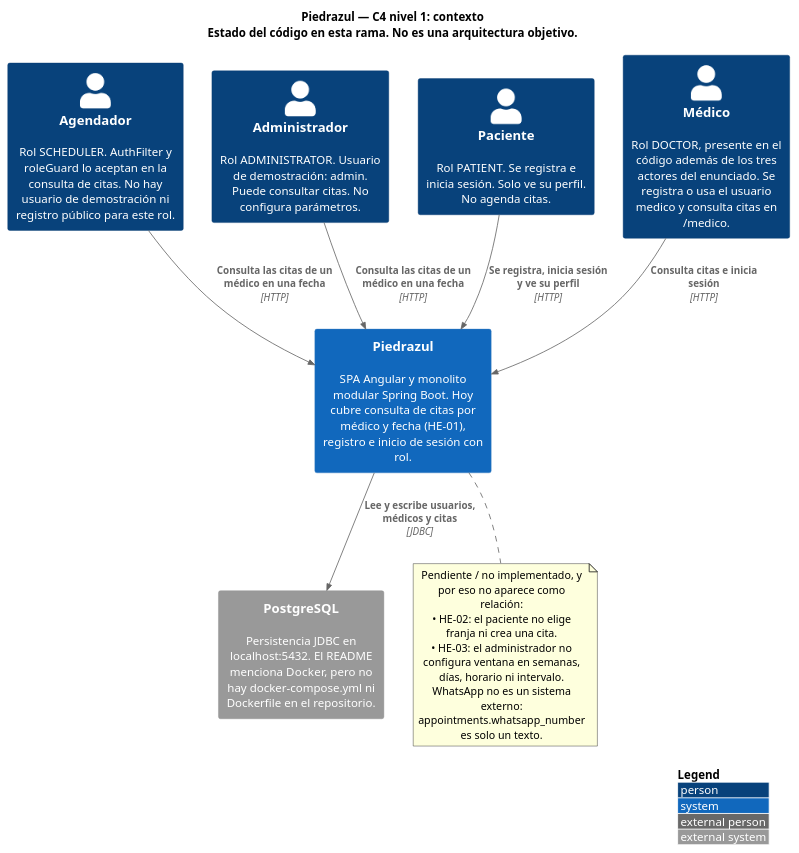
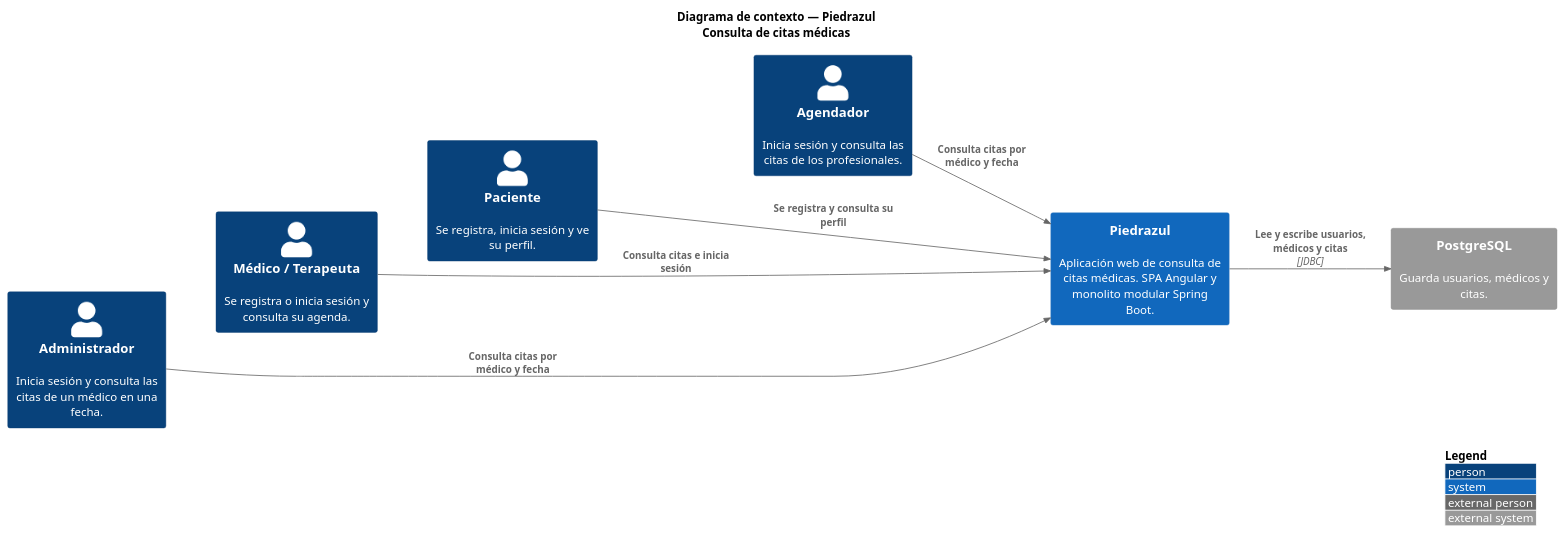
One commit to IikanBonilla/Piedrazul_System-Modular-Monolith changed the diagram in docs/architecture/c4/01-contexto.puml. Above: the diagram before and after it, drawn with PlantUML. The commit also changed 8 other files, not shown here.

First line of the commit message:
Ajusta los diagramas C4 al proyecto real para la sustentacion.

```diff
--- a/docs/architecture/c4/01-contexto.puml
+++ b/docs/architecture/c4/01-contexto.puml
@@ -1,33 +1,28 @@
 @startuml contexto
 !include https://raw.githubusercontent.com/plantuml-stdlib/C4-PlantUML/master/C4_Context.puml
 
+LAYOUT_LEFT_RIGHT()
 LAYOUT_WITH_LEGEND()
-LAYOUT_TOP_DOWN()
 
-title Piedrazul — C4 nivel 1: contexto\nEstado del código en esta rama. No es una arquitectura objetivo.
+title Diagrama de contexto — Piedrazul\nConsulta de citas médicas
 
-AddElementTag("pending", $bgColor="#F8D0D0", $fontColor="#7A1F1F", $borderColor="#B94A48", $legendText="pendiente / no implementado")
+Person(admin, "Administrador", "Inicia sesión y consulta las citas de un médico en una fecha.")
+Person(doctor, "Médico / Terapeuta", "Se registra o inicia sesión y consulta su agenda.")
+Person(patient, "Paciente", "Se registra, inicia sesión y ve su perfil.")
+Person(scheduler, "Agendador", "Inicia sesión y consulta las citas de los profesionales.")
 
-Person(scheduler, "Agendador", "Rol SCHEDULER. AuthFilter y roleGuard lo aceptan en la consulta de citas. No hay usuario de demostración ni registro público para este rol.")
-Person(admin, "Administrador", "Rol ADMINISTRATOR. Usuario de demostración: admin. Puede consultar citas. No configura parámetros.")
-Person(patient, "Paciente", "Rol PATIENT. Se registra e inicia sesión. Solo ve su perfil. No agenda citas.")
-Person(doctor, "Médico", "Rol DOCTOR, presente en el código además de los tres actores del enunciado. Se registra o usa el usuario medico y consulta citas en /medico.")
+System(piedrazul, "Piedrazul", "Aplicación web de consulta de citas médicas. SPA Angular y monolito modular Spring Boot.")
 
-System(piedrazul, "Piedrazul", "SPA Angular y monolito modular Spring Boot. Hoy cubre consulta de citas por médico y fecha (HE-01), registro e inicio de sesión con rol.")
+System_Ext(db, "PostgreSQL", "Guarda usuarios, médicos y citas.")
 
-System_Ext(postgres, "PostgreSQL", "Persistencia JDBC en localhost:5432. El README menciona Docker, pero no hay docker-compose.yml ni Dockerfile en el repositorio.")
+Rel(admin, piedrazul, "Consulta citas por médico y fecha")
+Rel(doctor, piedrazul, "Consulta citas e inicia sesión")
+Rel(patient, piedrazul, "Se registra y consulta su perfil")
+Rel(scheduler, piedrazul, "Consulta citas por médico y fecha")
+Rel(piedrazul, db, "Lee y escribe usuarios, médicos y citas", "JDBC")
 
-Rel(scheduler, piedrazul, "Consulta las citas de un médico en una fecha", "HTTP")
-Rel(admin, piedrazul, "Consulta las citas de un médico en una fecha", "HTTP")
-Rel(doctor, piedrazul, "Consulta citas e inicia sesión", "HTTP")
-Rel(patient, piedrazul, "Se registra, inicia sesión y ve su perfil", "HTTP")
-Rel(piedrazul, postgres, "Lee y escribe usuarios, médicos y citas", "JDBC")
-
-note bottom of piedrazul
-  Pendiente / no implementado, y por eso no aparece como relación:
-  • HE-02: el paciente no elige franja ni crea una cita.
-  • HE-03: el administrador no configura ventana en semanas, días, horario ni intervalo.
-  WhatsApp no es un sistema externo: appointments.whatsapp_number es solo un texto.
-end note
+Lay_D(admin, doctor)
+Lay_D(doctor, patient)
+Lay_D(patient, scheduler)
 
 @enduml
```
